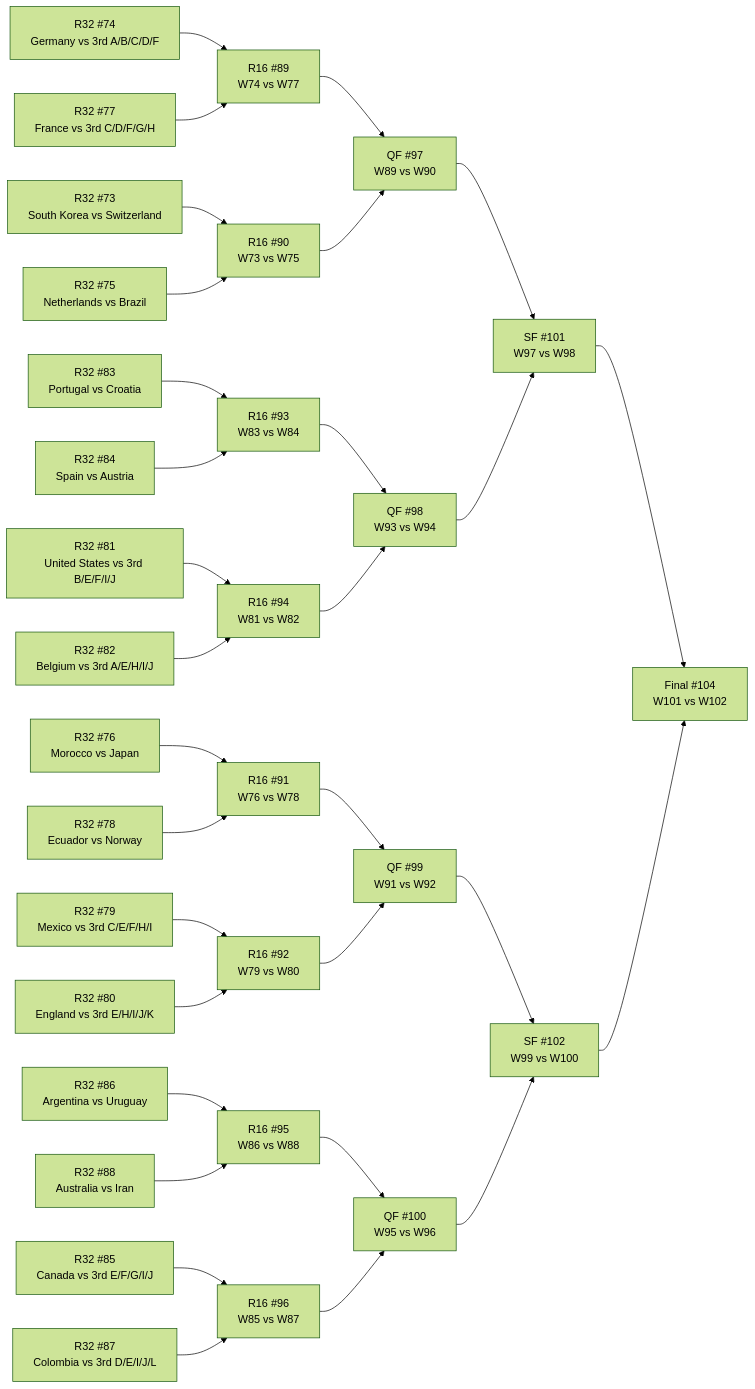
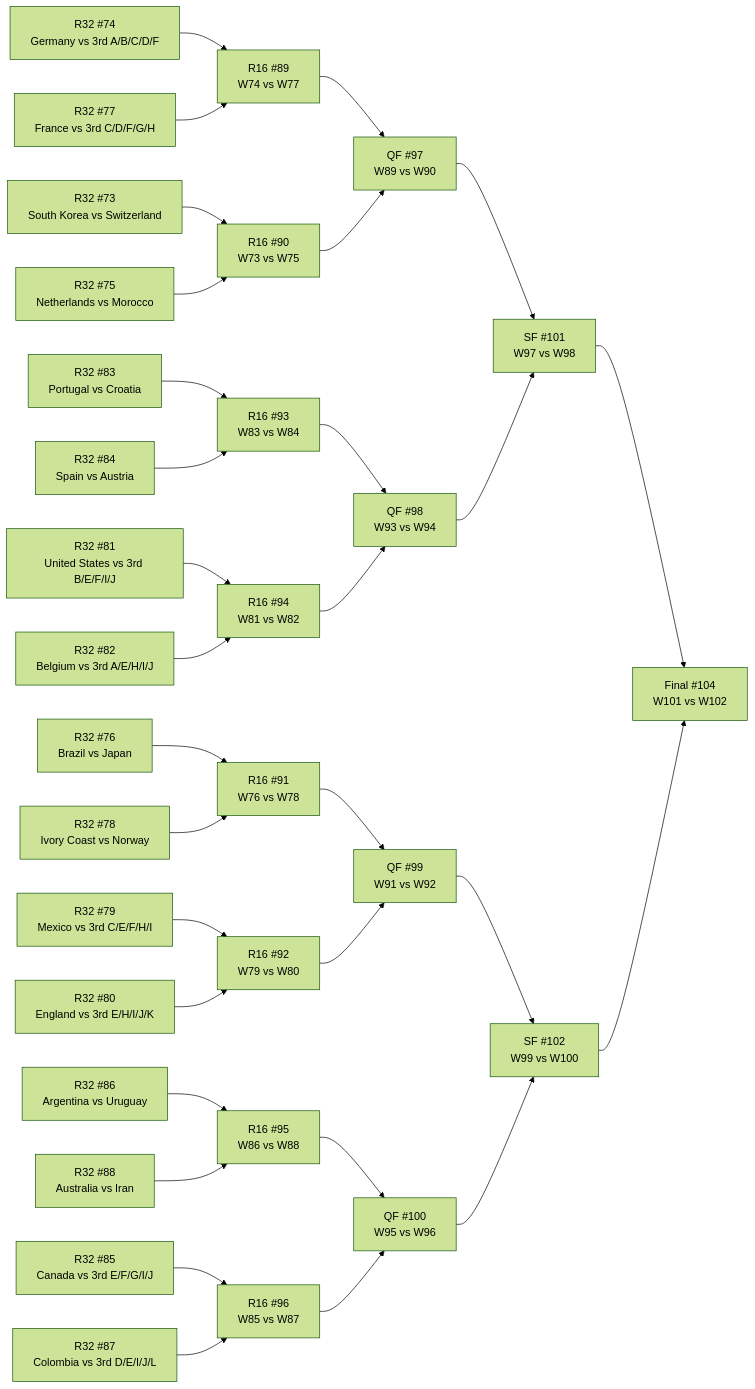
The diagram in WC vault/_bracket.md (Tutai-Tran/WC-2026-predictor), drawn with Mermaid (forest theme) before and after one commit. The commit also changed 91 other files, not shown here.

````diff
--- a/WC vault/_bracket.md
+++ b/WC vault/_bracket.md
@@ -11,64 +11,64 @@
 ```mermaid
 flowchart LR
   M73["R32 #73<br>South Korea vs Switzerland"]
   M74["R32 #74<br>Germany vs 3rd A/B/C/D/F"]
-  M75["R32 #75<br>Netherlands vs Brazil"]
-  M76["R32 #76<br>Morocco vs Japan"]
+  M75["R32 #75<br>Netherlands vs Morocco"]
+  M76["R32 #76<br>Brazil vs Japan"]
   M77["R32 #77<br>France vs 3rd C/D/F/G/H"]
-  M78["R32 #78<br>Ecuador vs Norway"]
+  M78["R32 #78<br>Ivory Coast vs Norway"]
   M79["R32 #79<br>Mexico vs 3rd C/E/F/H/I"]
   M80["R32 #80<br>England vs 3rd E/H/I/J/K"]
   M81["R32 #81<br>United States vs 3rd B/E/F/I/J"]
   M82["R32 #82<br>Belgium vs 3rd A/E/H/I/J"]
   M83["R32 #83<br>Portugal vs Croatia"]
   M84["R32 #84<br>Spain vs Austria"]
   M85["R32 #85<br>Canada vs 3rd E/F/G/I/J"]
   M86["R32 #86<br>Argentina vs Uruguay"]
   M87["R32 #87<br>Colombia vs 3rd D/E/I/J/L"]
   M88["R32 #88<br>Australia vs Iran"]
   M89["R16 #89<br>W74 vs W77"]
   M90["R16 #90<br>W73 vs W75"]
   M91["R16 #91<br>W76 vs W78"]
   M92["R16 #92<br>W79 vs W80"]
   M93["R16 #93<br>W83 vs W84"]
   M94["R16 #94<br>W81 vs W82"]
   M95["R16 #95<br>W86 vs W88"]
   M96["R16 #96<br>W85 vs W87"]
   M97["QF #97<br>W89 vs W90"]
   M98["QF #98<br>W93 vs W94"]
   M99["QF #99<br>W91 vs W92"]
   M100["QF #100<br>W95 vs W96"]
   M101["SF #101<br>W97 vs W98"]
   M102["SF #102<br>W99 vs W100"]
   M104["Final #104<br>W101 vs W102"]
   M74 --> M89
   M77 --> M89
   M73 --> M90
   M75 --> M90
   M76 --> M91
   M78 --> M91
   M79 --> M92
   M80 --> M92
   M83 --> M93
   M84 --> M93
   M81 --> M94
   M82 --> M94
   M86 --> M95
   M88 --> M95
   M85 --> M96
   M87 --> M96
   M89 --> M97
   M90 --> M97
   M93 --> M98
   M94 --> M98
   M91 --> M99
   M92 --> M99
   M95 --> M100
   M96 --> M100
   M97 --> M101
   M98 --> M101
   M99 --> M102
   M100 --> M102
   M101 --> M104
   M102 --> M104
 ```
````
